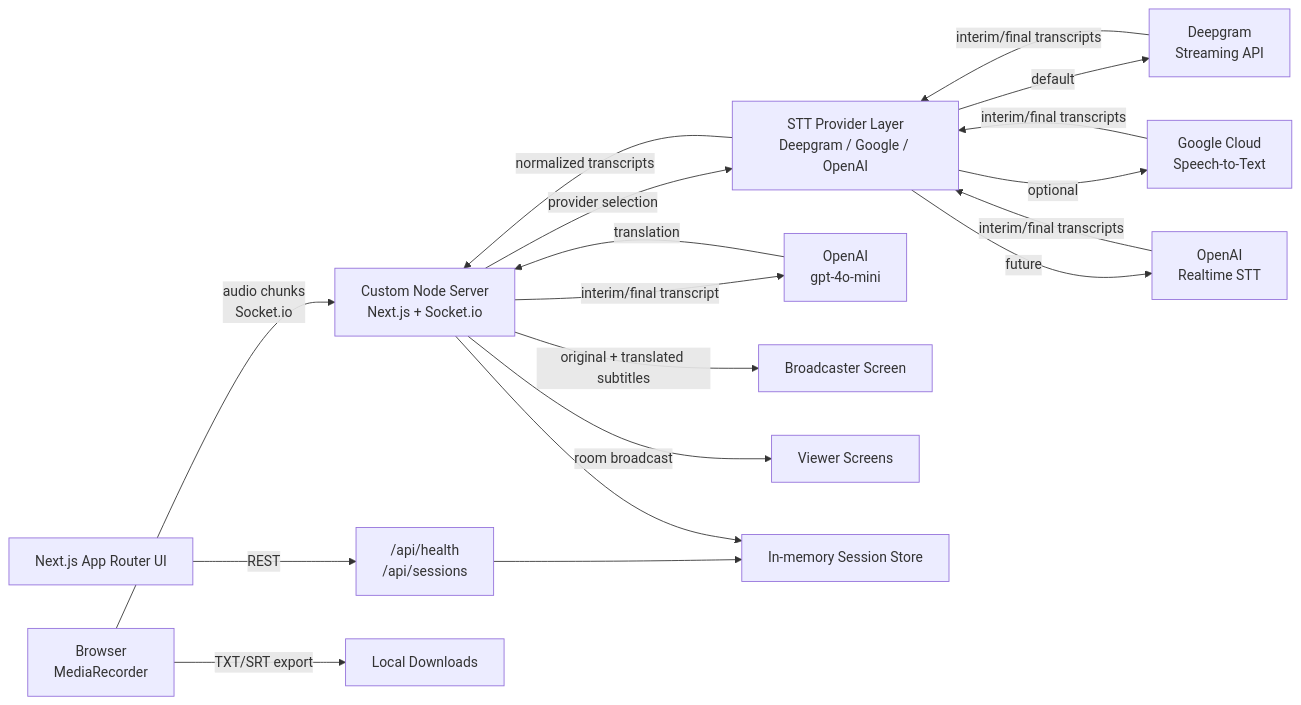
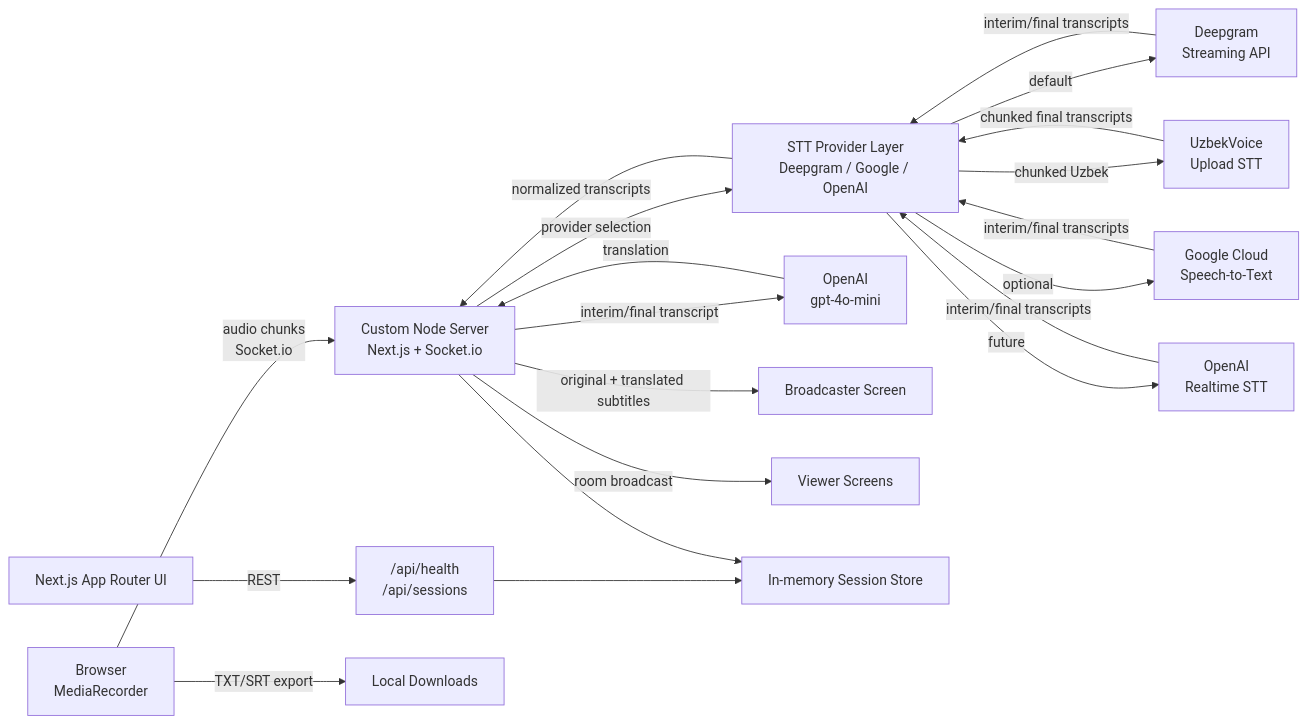
The diagram in README.md (sarvarcoders/live-transcription-platform), drawn with Mermaid before and after one commit. The commit also changed other lines of this file and 11 other files, not shown here.

Commit message:
Add UzbekVoice chunked STT provider

````diff
--- a/README.md
+++ b/README.md
@@ -30,20 +31,22 @@
 ```mermaid
 flowchart LR
   Browser["Browser<br/>MediaRecorder"] -->|"audio chunks<br/>Socket.io"| Server["Custom Node Server<br/>Next.js + Socket.io"]
   Server -->|"provider selection"| STT["STT Provider Layer<br/>Deepgram / Google / OpenAI"]
   STT -->|"default"| Deepgram["Deepgram<br/>Streaming API"]
+  STT -->|"chunked Uzbek"| UzbekVoice["UzbekVoice<br/>Upload STT"]
   STT -->|"optional"| Google["Google Cloud<br/>Speech-to-Text"]
   STT -->|"future"| OpenAISTT["OpenAI<br/>Realtime STT"]
   Deepgram -->|"interim/final transcripts"| STT
+  UzbekVoice -->|"chunked final transcripts"| STT
   Google -->|"interim/final transcripts"| STT
   OpenAISTT -->|"interim/final transcripts"| STT
   STT -->|"normalized transcripts"| Server
   Server -->|"interim/final transcript"| OpenAI["OpenAI<br/>gpt-4o-mini"]
   OpenAI -->|"translation"| Server
   Server -->|"original + translated subtitles"| Broadcaster["Broadcaster Screen"]
   Server -->|"room broadcast"| Viewers["Viewer Screens"]
   UI["Next.js App Router UI"] -->|"REST"| API["/api/health<br/>/api/sessions"]
   API --> Sessions["In-memory Session Store"]
   Server --> Sessions
   Browser -->|"TXT/SRT export"| Files["Local Downloads"]
 ```
````
